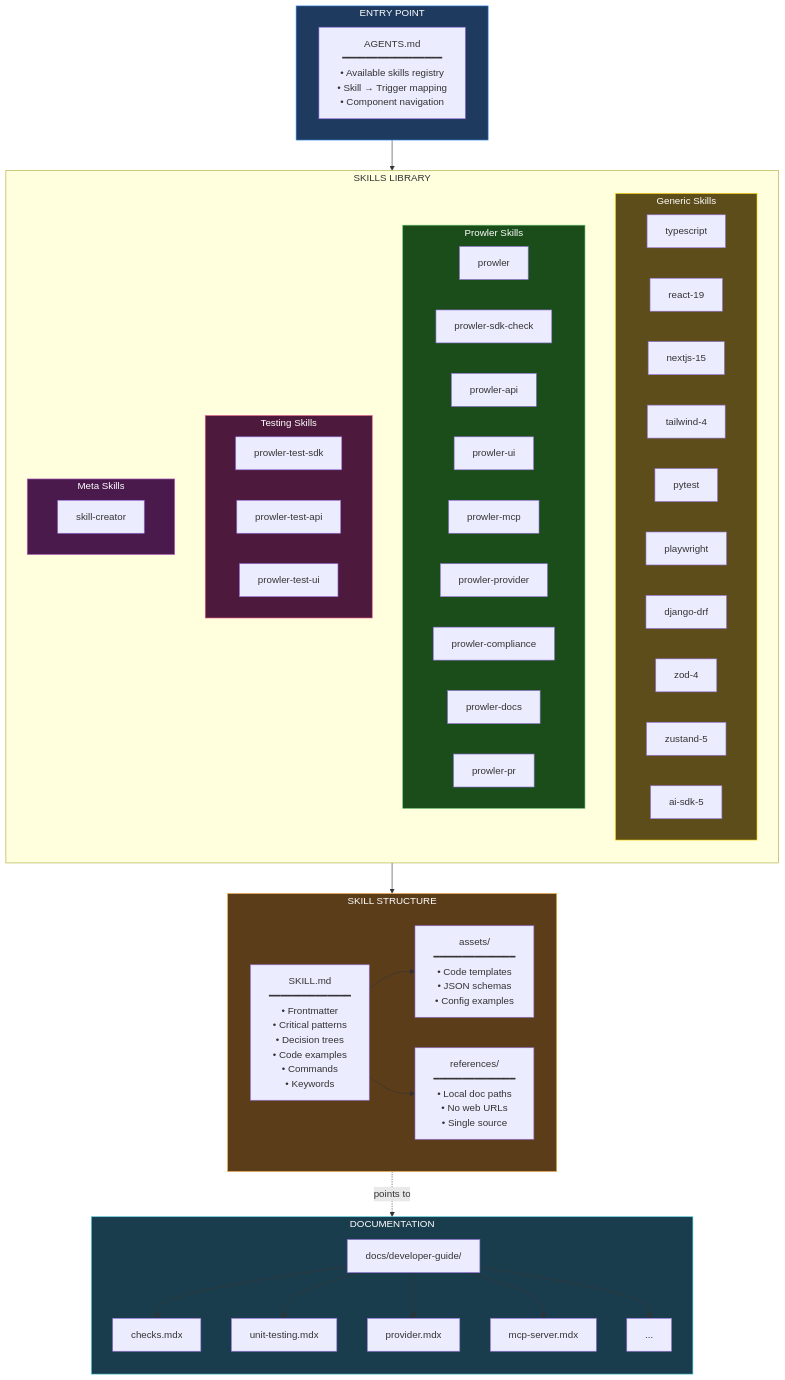
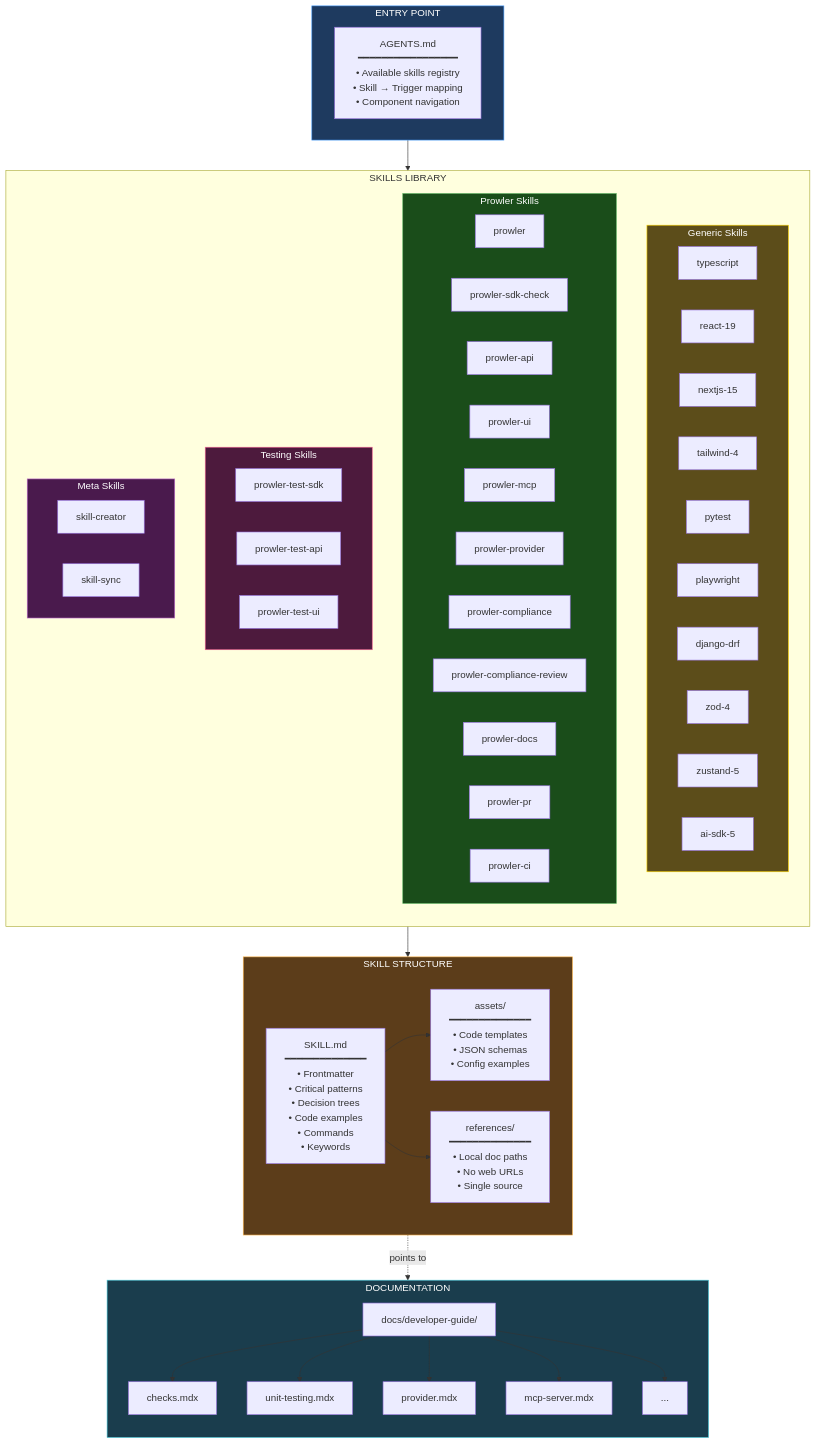
One commit to prowler-cloud/prowler changed the fourth of 4 diagrams in docs/developer-guide/ai-skills.mdx. Above: the diagram before and after it, drawn with Mermaid. The commit also changed other lines of this file, not shown here.

Commit message:
docs(skills): update Mermaid diagram with new skills
Add prowler-compliance-review, prowler-ci, and skill-sync to the
AI Skills architecture diagram and Skills Included table.

```diff
--- a/docs/developer-guide/ai-skills.mdx
+++ b/docs/developer-guide/ai-skills.mdx
@@ -128,8 +128,10 @@
             P5["prowler-mcp"]
             P6["prowler-provider"]
             P7["prowler-compliance"]
-            P8["prowler-docs"]
-            P9["prowler-pr"]
+            P8["prowler-compliance-review"]
+            P9["prowler-docs"]
+            P10["prowler-pr"]
+            P11["prowler-ci"]
         end
 
         subgraph TESTING["Testing Skills"]
@@ -140,6 +142,7 @@
 
         subgraph META["Meta Skills"]
             M1["skill-creator"]
+            M2["skill-sync"]
         end
     end
 
```
